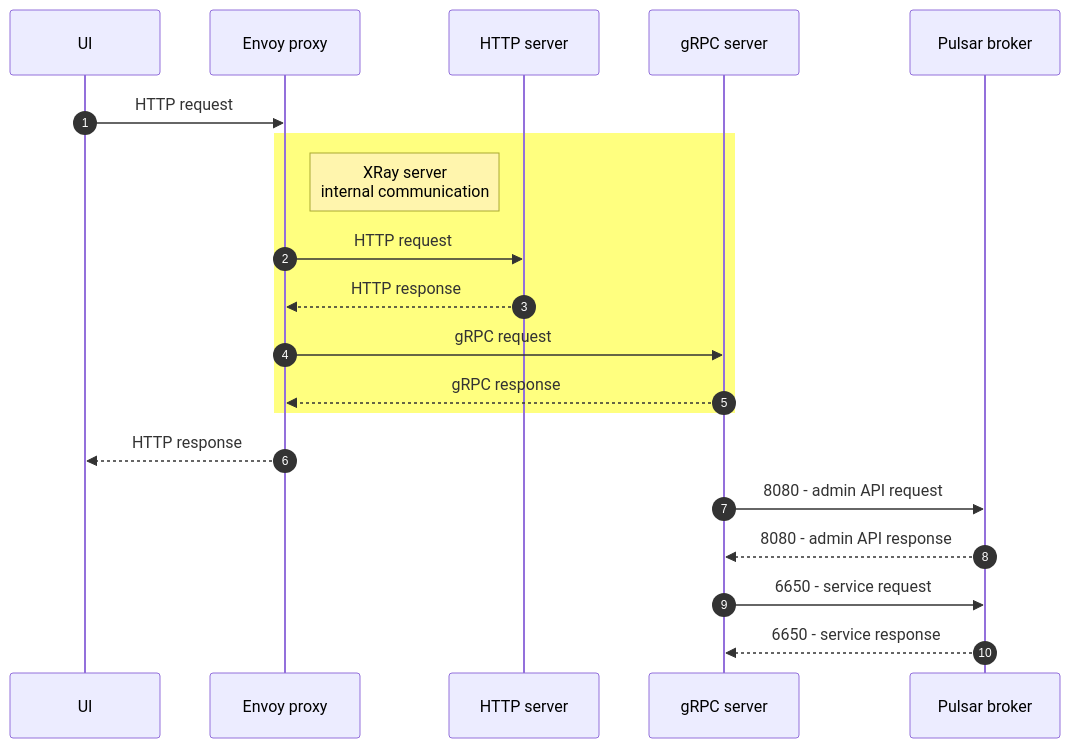
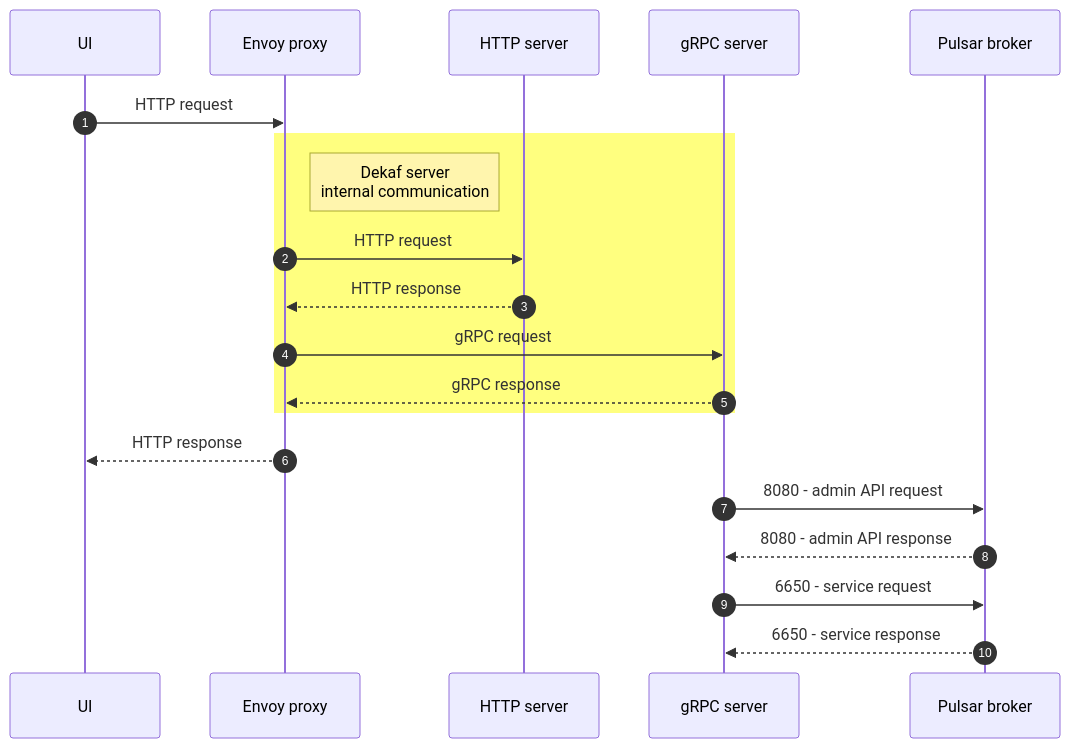
One commit to visortelle/dekaf changed the diagram in ARCHITECTURE.md. Above: the diagram before and after it, drawn with Mermaid. The commit also changed other lines of this file and 5 other files, not shown here.

````diff
--- a/ARCHITECTURE.md
+++ b/ARCHITECTURE.md
@@ -18,24 +18,24 @@
 ```mermaid
 sequenceDiagram
   autonumber
 
   UI->>Envoy proxy : HTTP request
   rect rgb(255, 255, 127)
 
-  note right of Envoy proxy : XRay server <br />internal communication
+  note right of Envoy proxy : Dekaf server <br />internal communication
 
   Envoy proxy ->>HTTP server: HTTP request
   HTTP server-->>Envoy proxy : HTTP response
 
   Envoy proxy->>gRPC server: gRPC request
   gRPC server-->>Envoy proxy : gRPC response
   end
 
   Envoy proxy-->>UI: HTTP response
 
   gRPC server->>Pulsar broker: 8080 - admin API request
   Pulsar broker-->>gRPC server: 8080 - admin API response
 
   gRPC server->>Pulsar broker: 6650 - service request
   Pulsar broker-->>gRPC server: 6650 - service response
 ```
````
